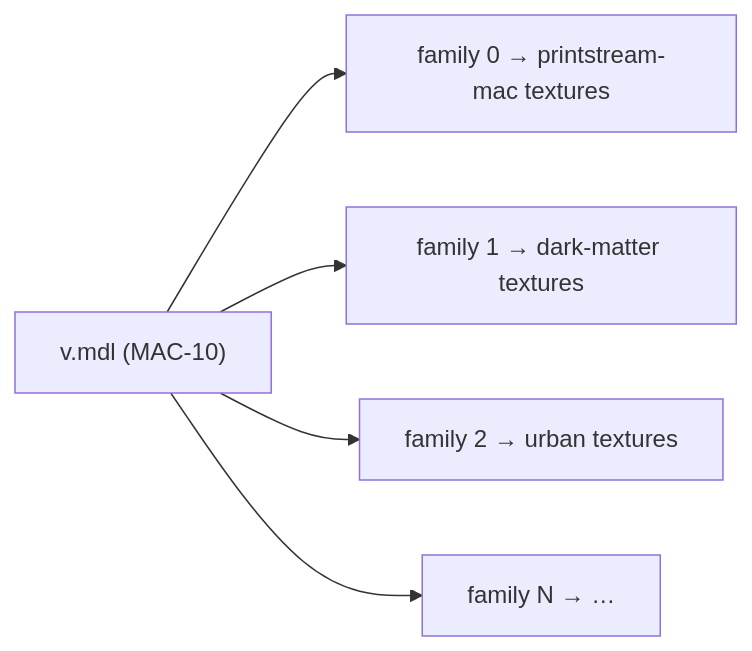
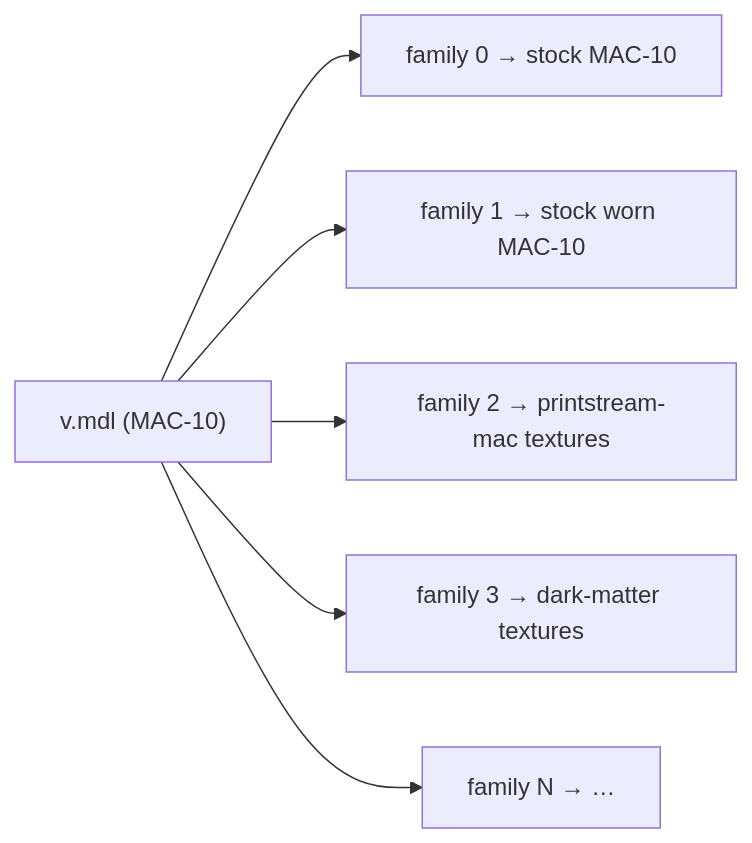
Before and after one commit to altair-sossai/l4d2-zone-server: the diagram in docs/weapon-skins/02-assets.md, drawn with Mermaid. The commit also changed other lines of this file and 14 other files, not shown here.

````diff
--- a/docs/weapon-skins/02-assets.md
+++ b/docs/weapon-skins/02-assets.md
@@ -59,7 +70,8 @@
 ```mermaid
 flowchart LR
-    M["v.mdl (MAC-10)"] --> F0["family 0 → printstream-mac textures"]
-    M --> F1["family 1 → dark-matter textures"]
-    M --> F2["family 2 → urban textures"]
+    M["v.mdl (MAC-10)"] --> S0["family 0 → stock MAC-10"]
+    M --> S1["family 1 → stock worn MAC-10"]
+    M --> F2["family 2 → printstream-mac textures"]
+    M --> F3["family 3 → dark-matter textures"]
     M --> FN["family N → …"]
 ```
````
